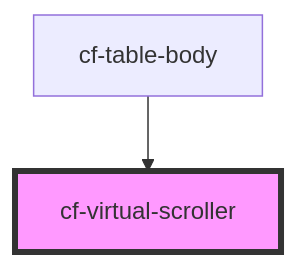
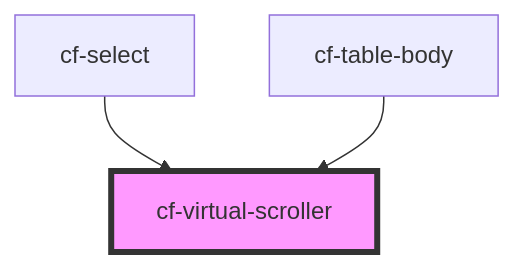
Before and after one commit to DriLLFreAK100/codefee-component: the diagram in src/components/cf-virtual-scroller/readme.md, drawn with Mermaid. The commit also changed other lines of this file and 4 other files, not shown here.

````diff
--- a/src/components/cf-virtual-scroller/readme.md
+++ b/src/components/cf-virtual-scroller/readme.md
@@ -27,5 +27,6 @@
 ```mermaid
 graph TD;
+  cf-select --> cf-virtual-scroller
   cf-table-body --> cf-virtual-scroller
   style cf-virtual-scroller fill:#f9f,stroke:#333,stroke-width:4px
 ```
````
